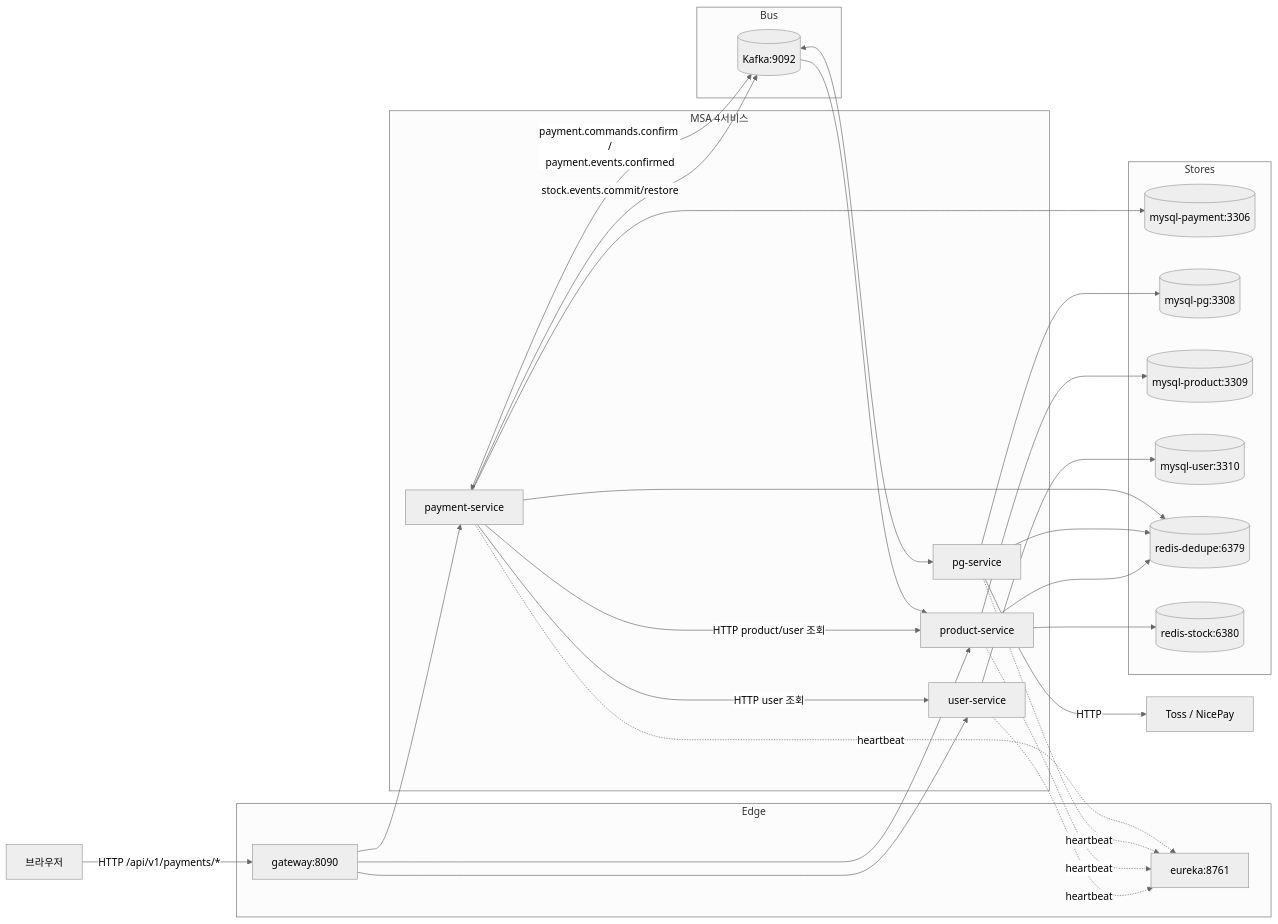
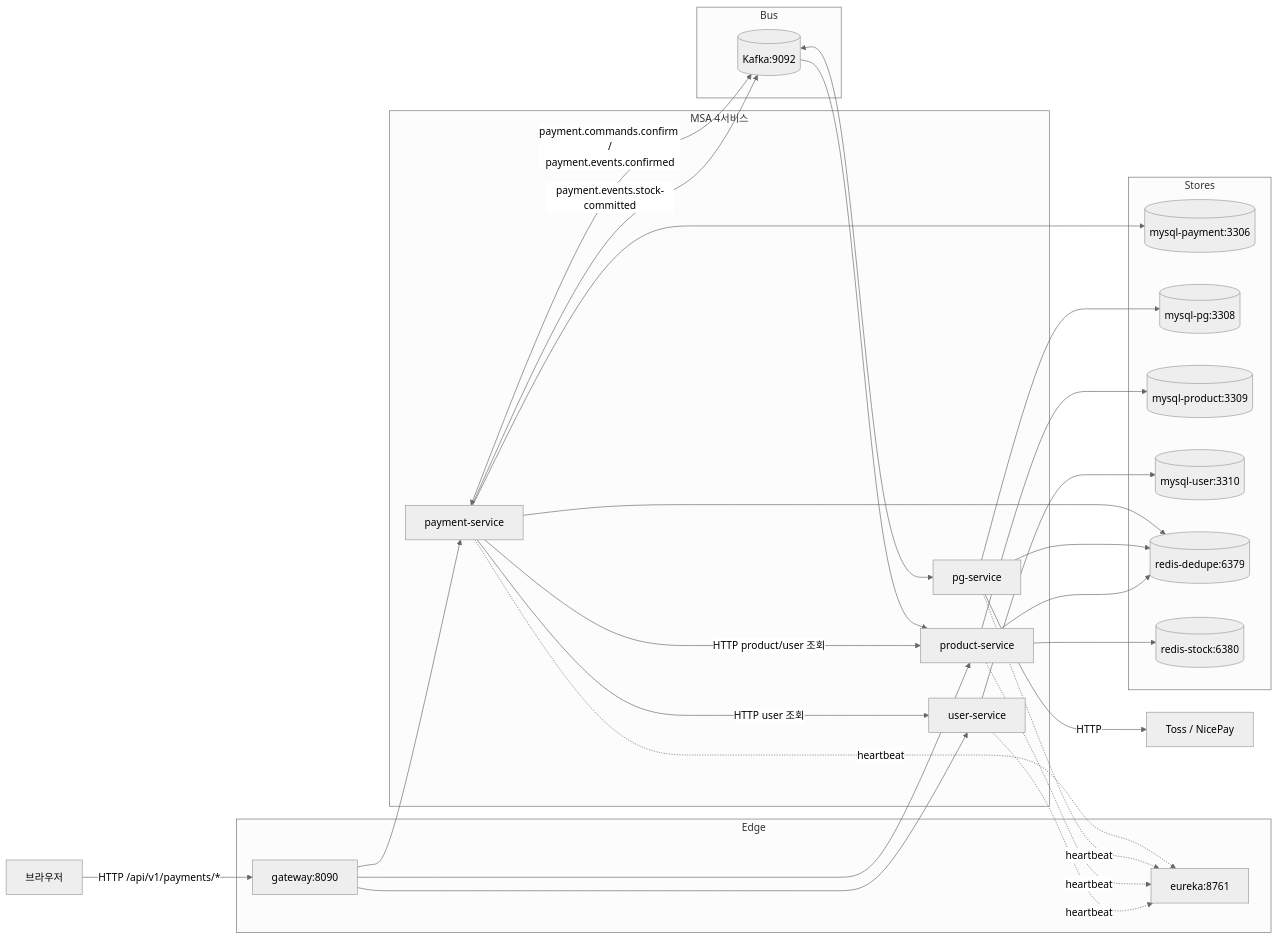
One commit to hyoguoo/payment-platform changed the diagram in docs/context/ARCHITECTURE.md. Above: the diagram before and after it, drawn with Mermaid (neutral theme). The commit also changed other lines of this file and 185 other files, not shown here.

First line of the commit message:
docs: 워크플로우 식별자 / ADR 키워드 / 폐기 클래스 잔재 일괄 정리

````diff
--- a/docs/context/ARCHITECTURE.md
+++ b/docs/context/ARCHITECTURE.md
@@ -22,52 +22,52 @@
 ```mermaid
 flowchart LR
     Browser["브라우저"]
 
     subgraph Edge
         GW["gateway:8090"]
         E["eureka:8761"]
     end
 
     subgraph Apps["MSA 4서비스"]
         Pay["payment-service"]
         Pg["pg-service"]
         Prod["product-service"]
         Usr["user-service"]
     end
 
     subgraph Stores
         MyP[("mysql-payment:3306")]
         MyG[("mysql-pg:3308")]
         MyPr[("mysql-product:3309")]
         MyU[("mysql-user:3310")]
         RedD[("redis-dedupe:6379")]
         RedS[("redis-stock:6380")]
     end
 
     subgraph Bus
         K[("Kafka:9092")]
     end
 
     Browser -->|"HTTP /api/v1/payments/*"| GW
     GW --> Pay & Prod & Usr
     Pay & Pg & Prod & Usr -. heartbeat .-> E
 
     Pay --> MyP
     Pg  --> MyG
     Prod --> MyPr
     Usr --> MyU
 
     Pay --> RedD
     Pg  --> RedD
     Prod --> RedD
     Prod --> RedS
 
     Pay <-->|"payment.commands.confirm /\npayment.events.confirmed"| K
     K <--> Pg
-    Pay -->|"stock.events.commit/restore"| K
+    Pay -->|"payment.events.stock-committed"| K
     K --> Prod
 
     Pg -->|HTTP| Vendor["Toss / NicePay"]
     Pay -->|HTTP product/user 조회| Prod
     Pay -->|HTTP user 조회| Usr
 ```
````
